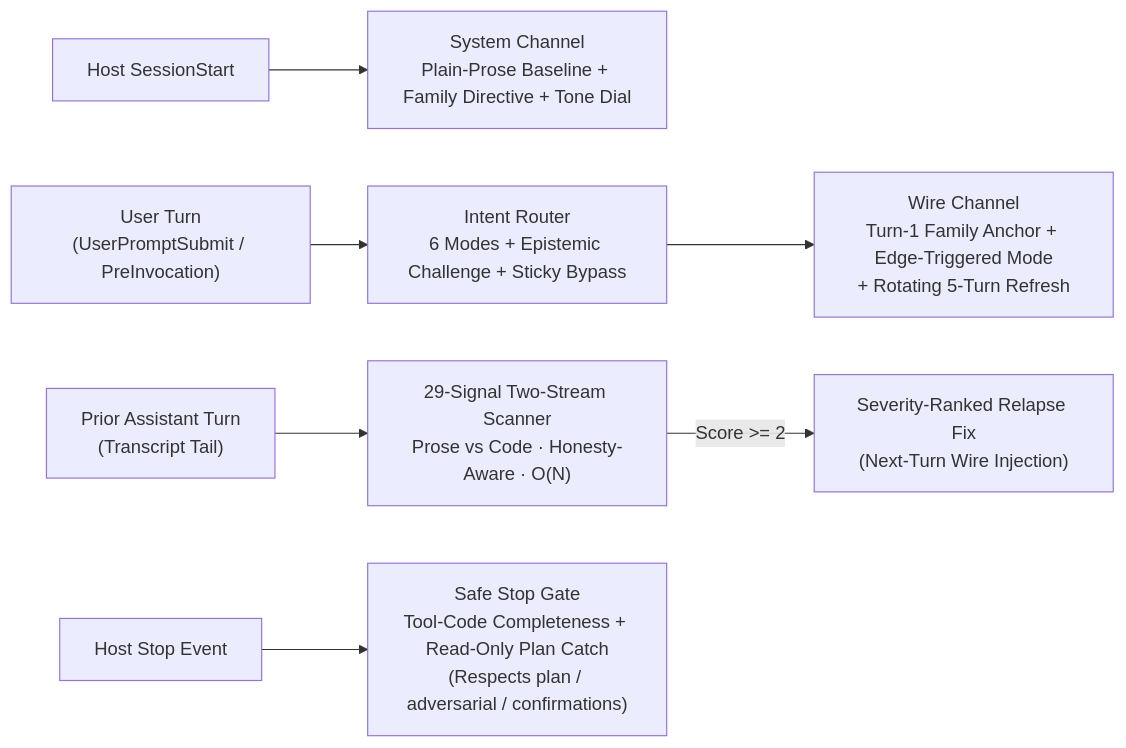
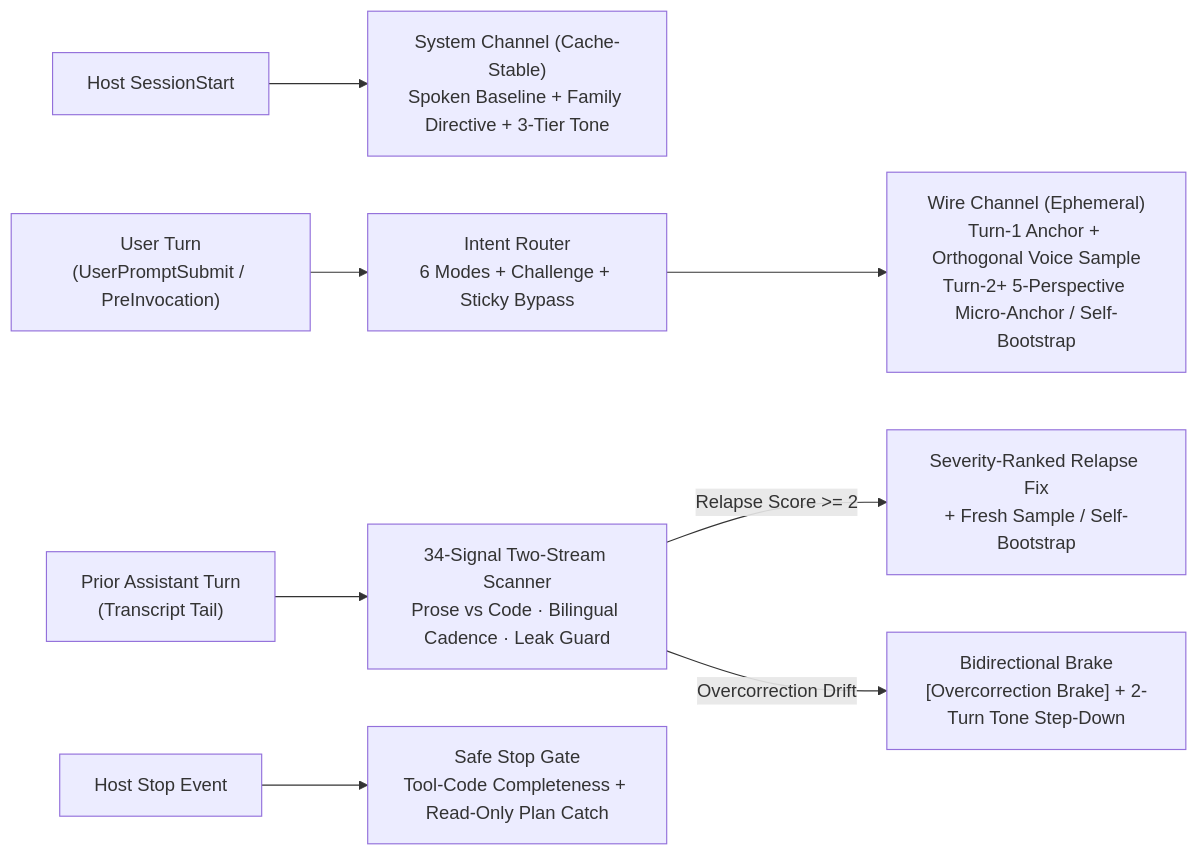
One commit to KennyMcSimpson/Unarmored changed the diagram in README.md. Above: the diagram before and after it, drawn with Mermaid. The commit also changed other lines of this file and 29 other files, not shown here.

First line of the commit message:
feat: release Unarmored v0.7.0 with spoken-cadence exemplars and bidirectional calibration

````diff
--- a/README.md
+++ b/README.md
@@ -48,9 +48,10 @@
 ```mermaid
 flowchart LR
-    A["Host SessionStart"] --> B["System Channel\nPlain-Prose Baseline + Family Directive + Tone Dial"]
-    C["User Turn\n(UserPromptSubmit / PreInvocation)"] --> D["Intent Router\n6 Modes + Epistemic Challenge + Sticky Bypass"]
-    D --> E["Wire Channel\nTurn-1 Family Anchor + Edge-Triggered Mode\n+ Rotating 5-Turn Refresh"]
-    F["Prior Assistant Turn\n(Transcript Tail)"] --> G["29-Signal Two-Stream Scanner\nProse vs Code · Honesty-Aware · O(N)"]
-    G -->|Score >= 2| H["Severity-Ranked Relapse Fix\n(Next-Turn Wire Injection)"]
-    I["Host Stop Event"] --> J["Safe Stop Gate\nTool-Code Completeness + Read-Only Plan Catch\n(Respects plan / adversarial / confirmations)"]
+    A["Host SessionStart"] --> B["System Channel (Cache-Stable)\nSpoken Baseline + Family Directive + 3-Tier Tone"]
+    C["User Turn\n(UserPromptSubmit / PreInvocation)"] --> D["Intent Router\n6 Modes + Challenge + Sticky Bypass"]
+    D --> E["Wire Channel (Ephemeral)\nTurn-1 Anchor + Orthogonal Voice Sample\nTurn-2+ 5-Perspective Micro-Anchor / Self-Bootstrap"]
+    F["Prior Assistant Turn\n(Transcript Tail)"] --> G["34-Signal Two-Stream Scanner\nProse vs Code · Bilingual Cadence · Leak Guard"]
+    G -->|Relapse Score >= 2| H["Severity-Ranked Relapse Fix\n+ Fresh Sample / Self-Bootstrap"]
+    G -->|Overcorrection Drift| K["Bidirectional Brake\n[Overcorrection Brake] + 2-Turn Tone Step-Down"]
+    I["Host Stop Event"] --> J["Safe Stop Gate\nTool-Code Completeness + Read-Only Plan Catch"]
 ```
````
